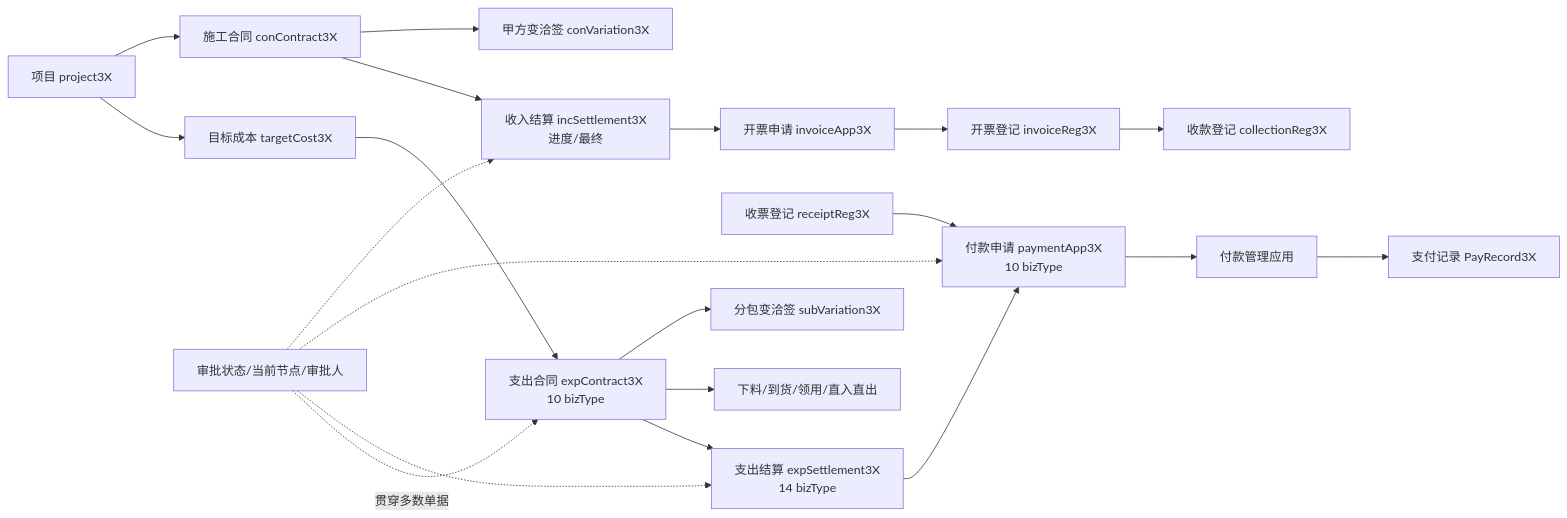
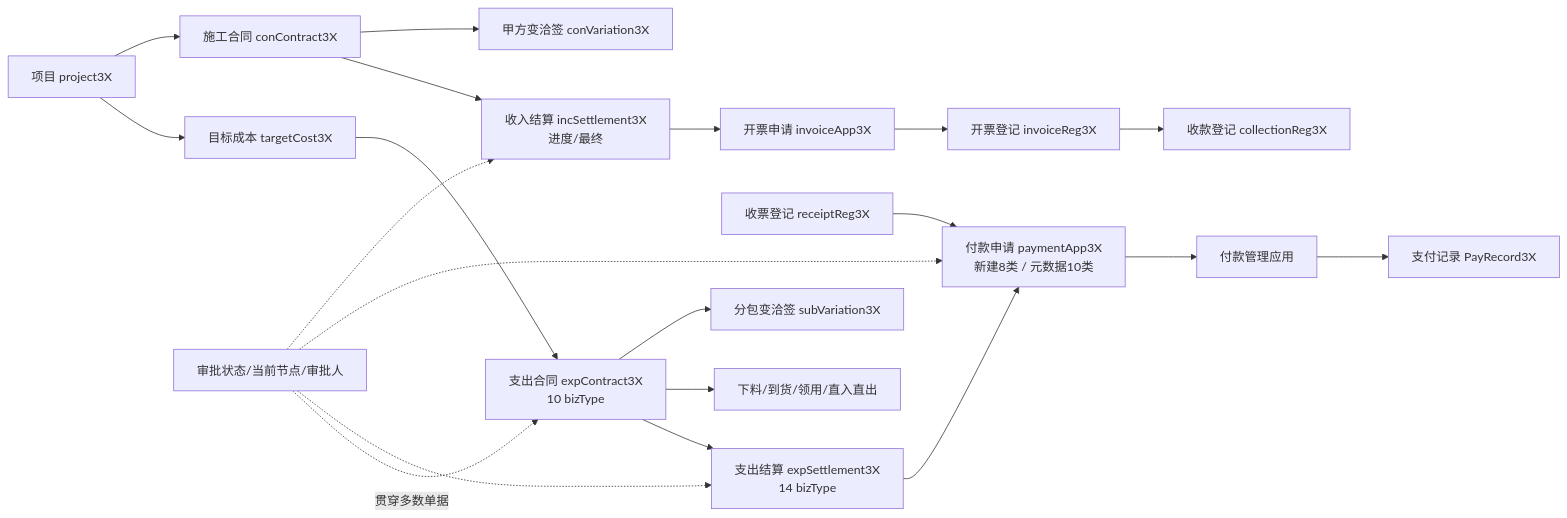
Before and after one commit to zodea/crm-new: the first of 2 diagrams in 红圈系统/命名对照与全景.md, drawn with Mermaid. The commit also changed other lines of this file and 1 other file, not shown here.

````diff
--- a/红圈系统/命名对照与全景.md
+++ b/红圈系统/命名对照与全景.md
@@ -41,25 +41,25 @@
 ```mermaid
 flowchart LR
   P["项目 project3X"] --> T["目标成本 targetCost3X"]
   T --> EC["支出合同 expContract3X<br/>10 bizType"]
   EC --> ES["支出结算 expSettlement3X<br/>14 bizType"]
-  ES --> PA["付款申请 paymentApp3X<br/>10 bizType"]
+  ES --> PA["付款申请 paymentApp3X<br/>新建8类 / 元数据10类"]
   RI["收票登记 receiptReg3X"] --> PA
   PA --> PM["付款管理应用"]
   PM --> PR["支付记录 PayRecord3X"]
 
   P --> CC["施工合同 conContract3X"]
   CC --> IS["收入结算 incSettlement3X<br/>进度/最终"]
   IS --> IA["开票申请 invoiceApp3X"]
   IA --> IR["开票登记 invoiceReg3X"]
   IR --> CR["收款登记 collectionReg3X"]
 
   EC --> MAT["下料/到货/领用/直入直出"]
   CC --> CV["甲方变洽签 conVariation3X"]
   EC --> SV["分包变洽签 subVariation3X"]
 
   AP["审批状态/当前节点/审批人"] -. "贯穿多数单据" .-> EC
   AP -.-> ES
   AP -.-> PA
   AP -.-> IS
 ```
````
